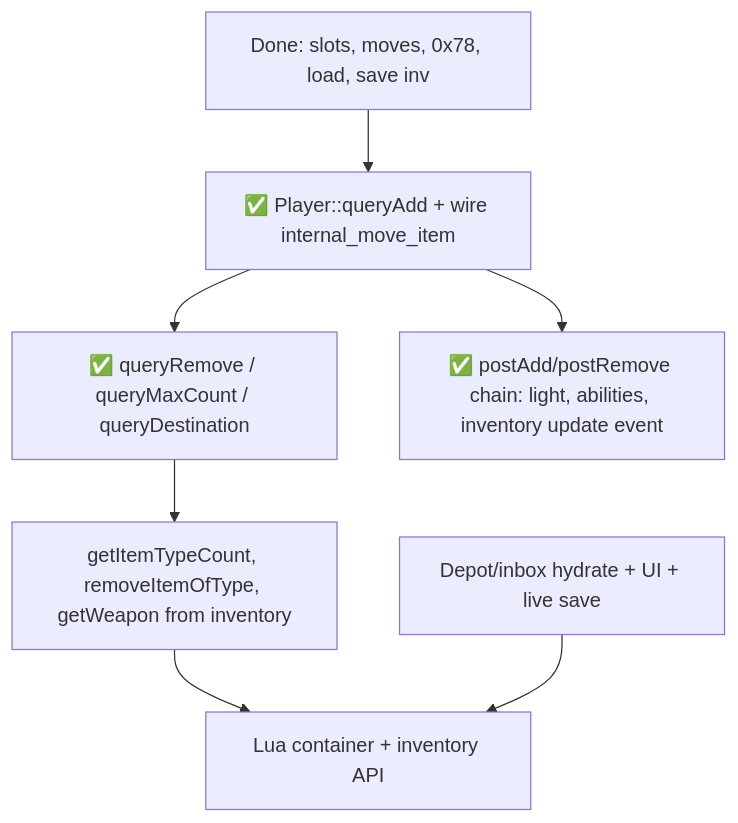
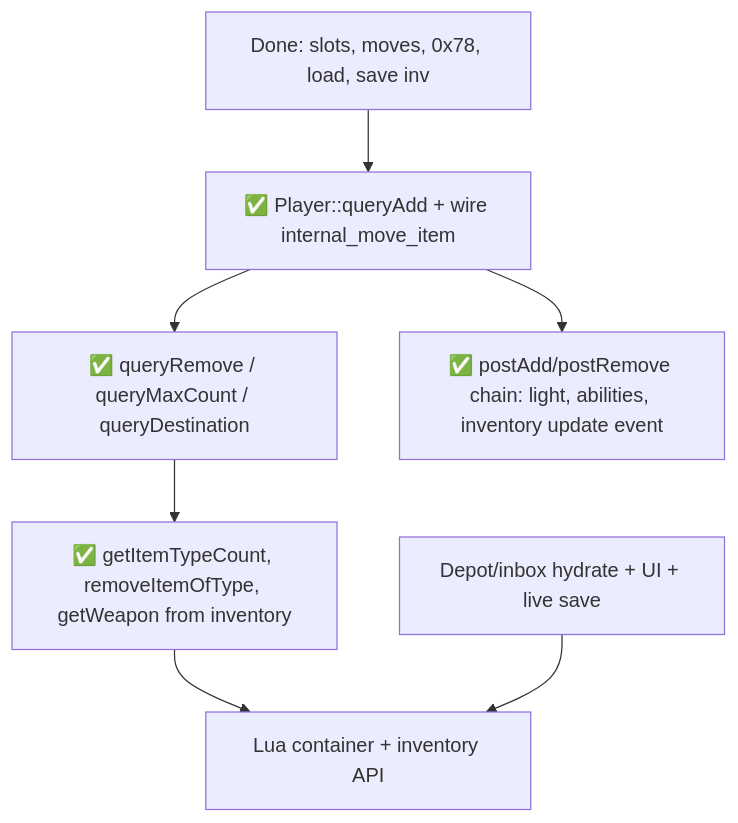
Before and after one commit to Tezoze/TFS-RUST: the diagram in docs/INVENTORY_STATUS.md, drawn with Mermaid. The commit also changed other lines of this file and 20 other files, not shown here.

First line of the commit message:
feat(inventory): implement P3 item counts, removal, weapons, and GM capacity.

````diff
--- a/docs/INVENTORY_STATUS.md
+++ b/docs/INVENTORY_STATUS.md
@@ -239,16 +240,16 @@
 ```mermaid
 flowchart TD
     done[Done: slots, moves, 0x78, load, save inv]
     p0[✅ Player::queryAdd + wire internal_move_item]
     p1[✅ queryRemove / queryMaxCount / queryDestination]
     p2[✅ postAdd/postRemove chain: light, abilities, inventory update event]
-    p3[getItemTypeCount, removeItemOfType, getWeapon from inventory]
+    p3[✅ getItemTypeCount, removeItemOfType, getWeapon from inventory]
     p4[Depot/inbox hydrate + UI + live save]
     p5[Lua container + inventory API]
     done --> p0
     p0 --> p1
     p0 --> p2
     p1 --> p3
     p3 --> p5
     p4 --> p5
 ```
````
